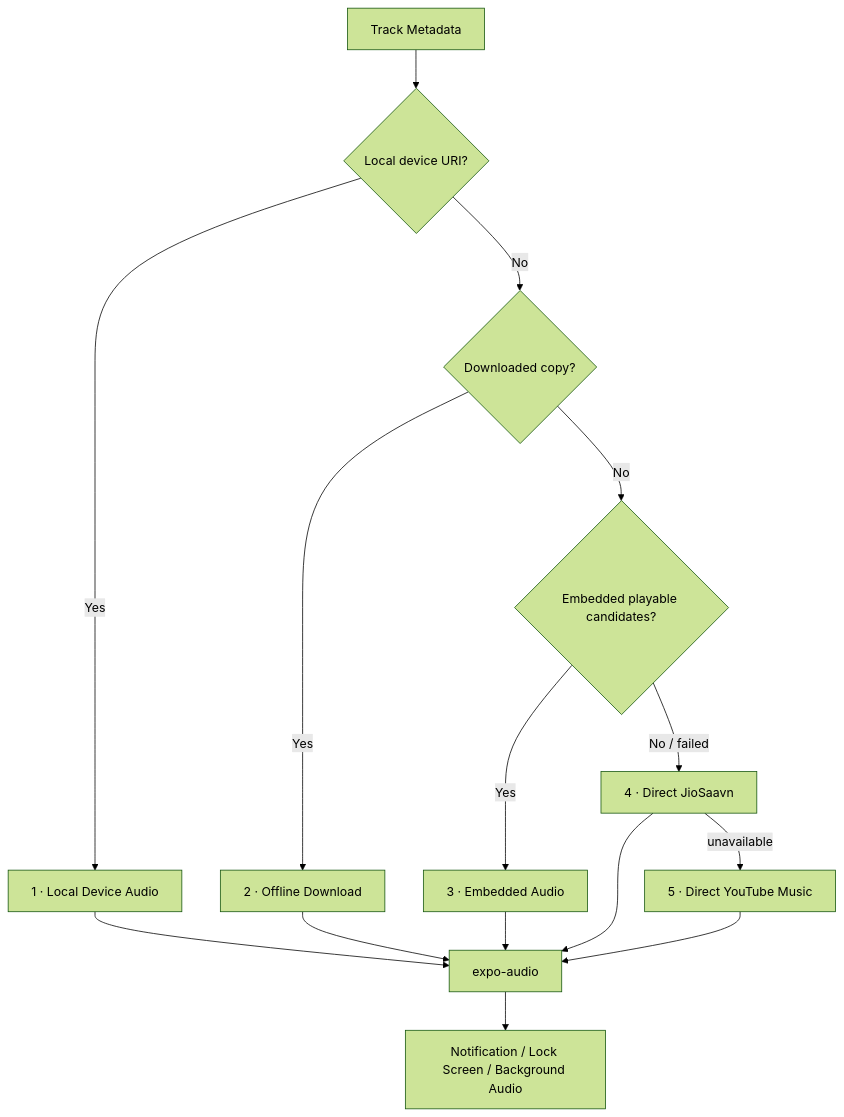
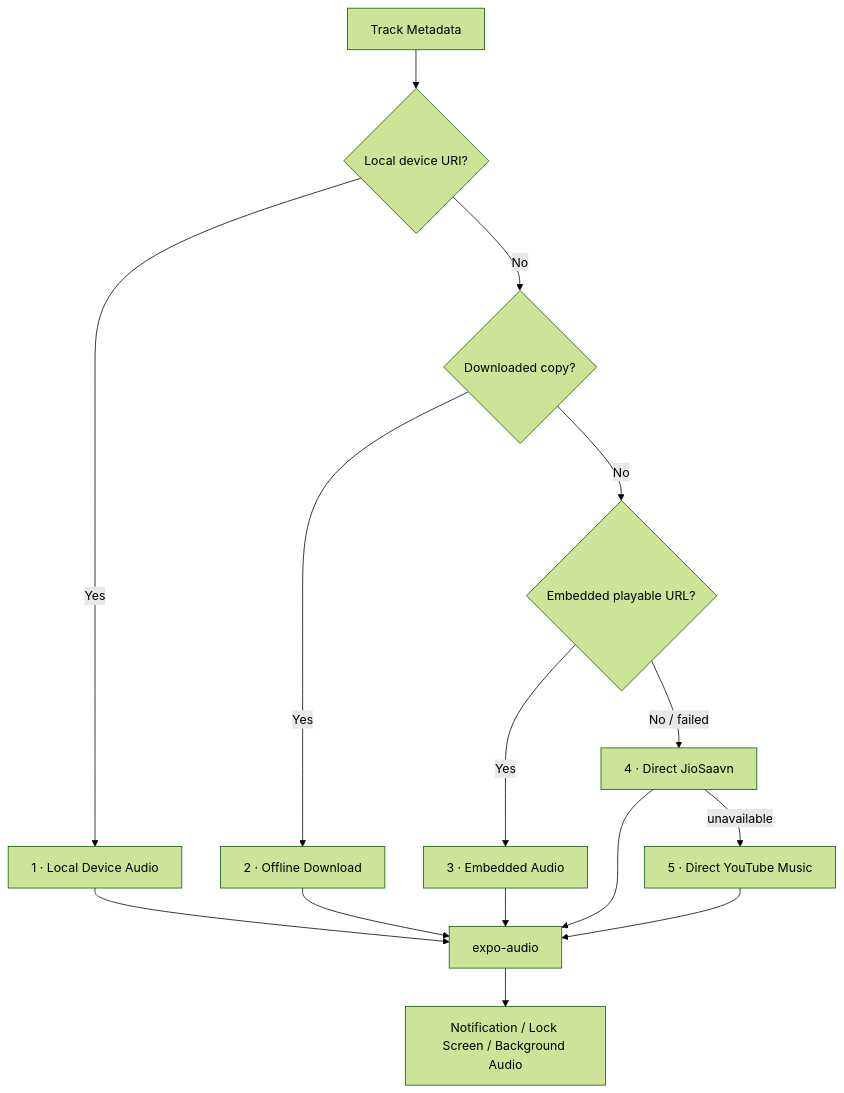
The second of 2 diagrams in README.md (shreeharsh-patil/Harmonia-mobile), drawn with Mermaid (forest theme) before and after one commit. The commit also changed other lines of this file, not shown here.

````diff
--- a/README.md
+++ b/README.md
@@ -164,19 +144,19 @@
 ```mermaid
 flowchart TD
     TRACK["Track Metadata"] --> LOCALQ{"Local device URI?"}
     LOCALQ -- Yes --> LOCAL["1 · Local Device Audio"]
     LOCALQ -- No --> OFFQ{"Downloaded copy?"}
     OFFQ -- Yes --> OFF["2 · Offline Download"]
-    OFFQ -- No --> EMBQ{"Embedded playable candidates?"}
+    OFFQ -- No --> EMBQ{"Embedded playable URL?"}
     EMBQ -- Yes --> EMB["3 · Embedded Audio"]
     EMBQ -- No / failed --> SAAVN["4 · Direct JioSaavn"]
     SAAVN -- unavailable --> YTM["5 · Direct YouTube Music"]
 
     LOCAL --> PLAYER["expo-audio"]
     OFF --> PLAYER
     EMB --> PLAYER
     SAAVN --> PLAYER
     YTM --> PLAYER
 
     PLAYER --> MEDIA["Notification / Lock Screen / Background Audio"]
 ```
````
